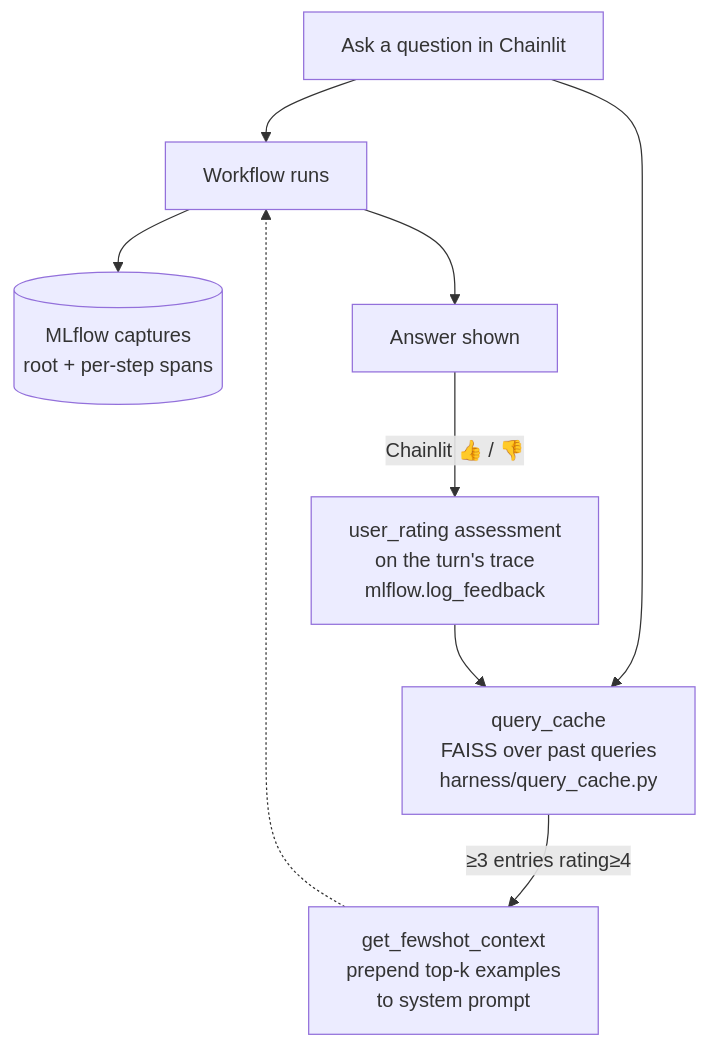
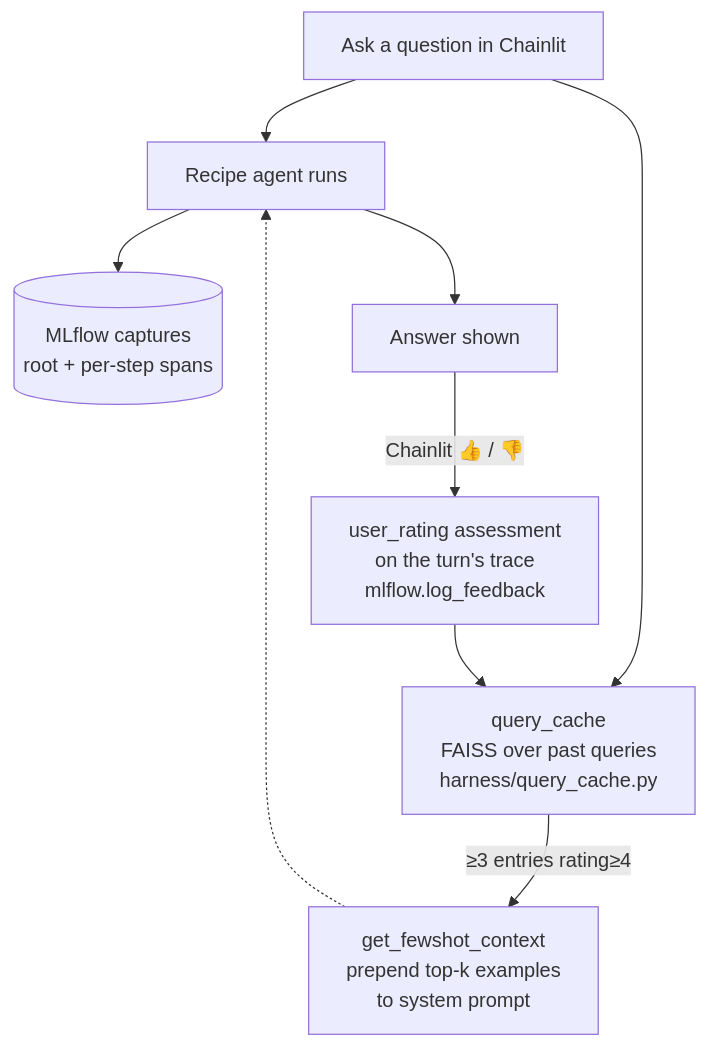
One commit to MoritzImendoerffer/ema_nlp changed the second of 2 diagrams in docs/ONBOARDING.md. Above: the diagram before and after it, drawn with Mermaid. The commit also changed other lines of this file and 20 other files, not shown here.

````diff
--- a/docs/ONBOARDING.md
+++ b/docs/ONBOARDING.md
@@ -132,13 +135,13 @@
 ```mermaid
 flowchart TD
-    Q[Ask a question in Chainlit] --> WF[Workflow runs]
+    Q[Ask a question in Chainlit] --> WF[Recipe agent runs]
     WF --> PHX[(MLflow captures<br/>root + per-step spans)]
     WF --> ANS[Answer shown]
 
     ANS -->|Chainlit 👍 / 👎| FB[user_rating assessment<br/>on the turn's trace<br/>mlflow.log_feedback]
 
     Q --> CACHE[query_cache<br/>FAISS over past queries<br/>harness/query_cache.py]
     FB --> CACHE
     CACHE -->|≥3 entries rating≥4| INJ[get_fewshot_context<br/>prepend top-k examples<br/>to system prompt]
     INJ -.-> WF
 ```
````
